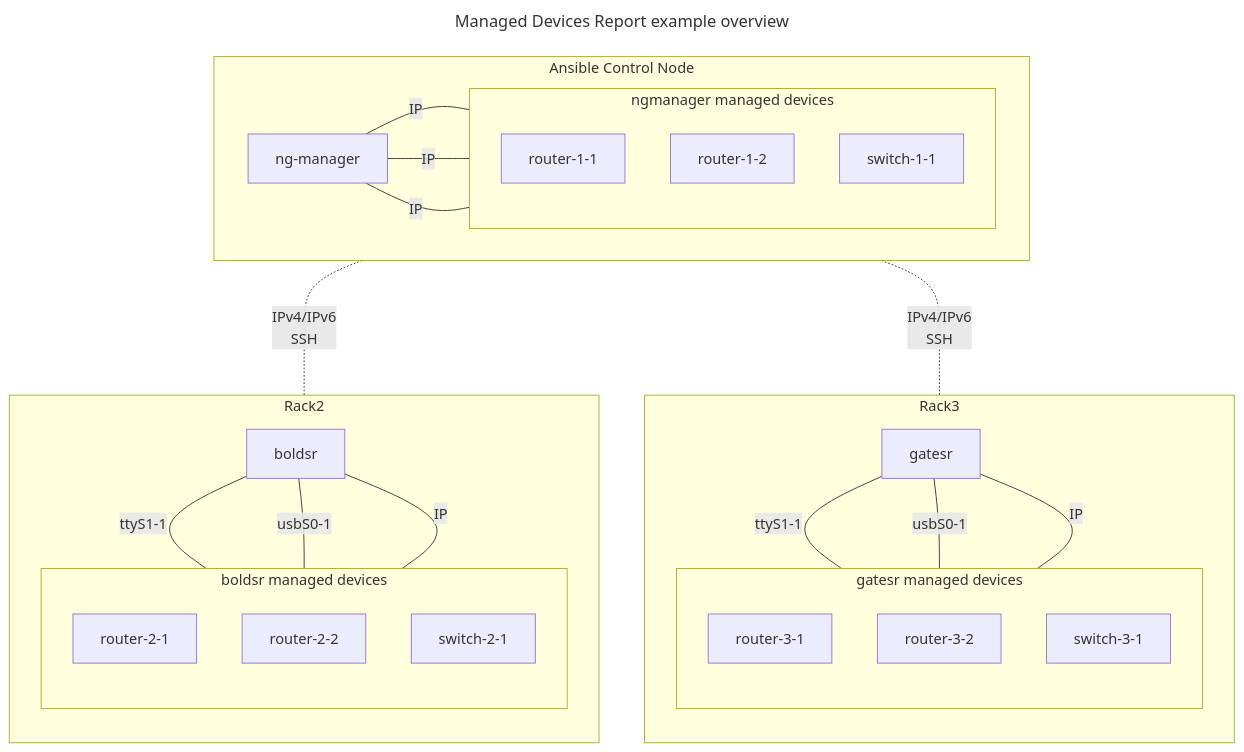
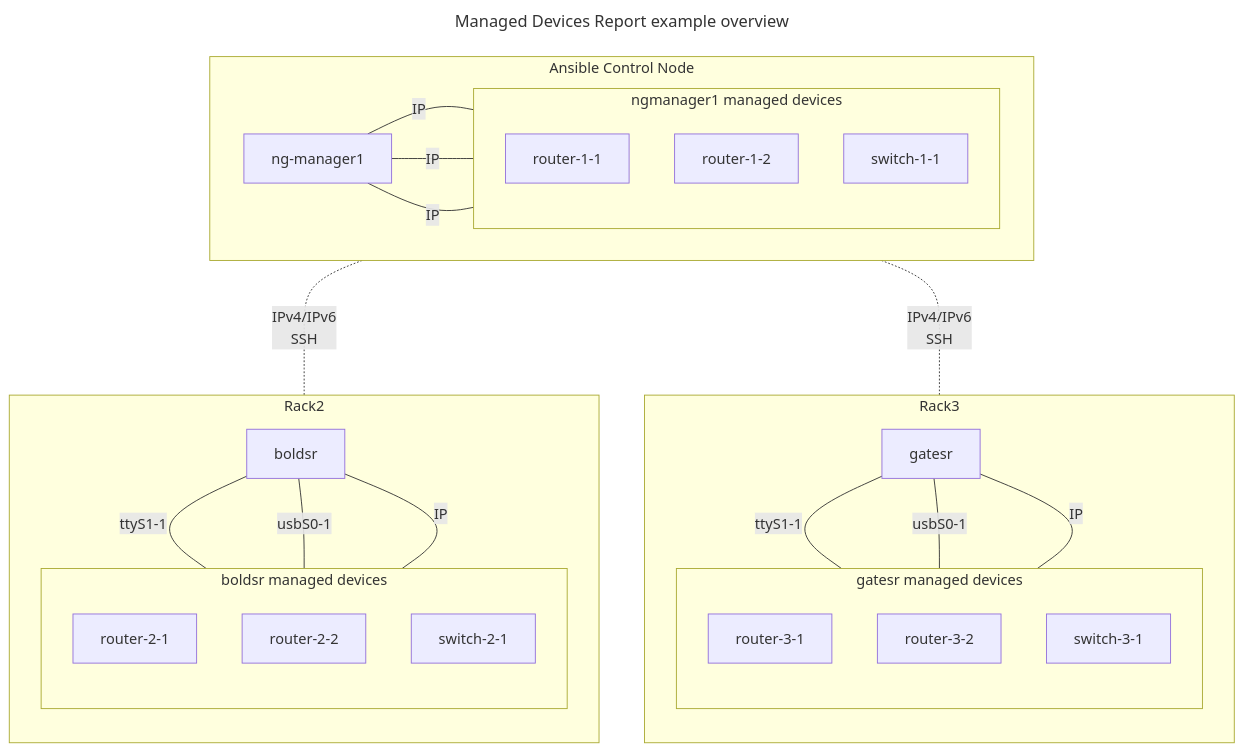
Before and after one commit to ZPESystems/Ansible: the diagram in examples/playbooks/system-roles/Managed_Devices_report/README.md, drawn with Mermaid. The commit also changed other lines of this file and 1 other file, not shown here.

````diff
--- a/examples/playbooks/system-roles/Managed_Devices_report/README.md
+++ b/examples/playbooks/system-roles/Managed_Devices_report/README.md
@@ -15,47 +15,47 @@
 ```mermaid
 ---
 title: Managed Devices Report example overview
 ---
 graph TB
   subgraph Rack3
    direction TB
    ng-gatesr["gatesr"]
    subgraph mdgatesr["gatesr managed devices"]
     direction TB
      mdgatesr1["router-3-1"]
      mdgatesr2["router-3-2"]
      mdgatesr3["switch-3-1"]
    end
    ng-gatesr ---|ttyS1-1| mdgatesr1 
    ng-gatesr ---|usbS0-1| mdgatesr2 
    ng-gatesr ---|IP| mdgatesr3
   end
 
   subgraph Rack2
    direction TB
    ng-boldsr["boldsr"]
    subgraph mdboldsr["boldsr managed devices"]
     direction TB
      mdboldsr1["router-2-1"]
      mdboldsr2["router-2-2"]
      mdboldsr3["switch-2-1"]
    end
    ng-boldsr ---|ttyS1-1| mdboldsr1 
    ng-boldsr ---|usbS0-1| mdboldsr2 
    ng-boldsr ---|IP| mdboldsr3
   end
 
 subgraph Control_Node["Ansible Control Node"]
  direction LR
-   ng-manager["ng-manager"]
-   subgraph mdmanager["ngmanager managed devices"]
+   ng-manager["ng-manager1"]
+   subgraph mdmanager["ngmanager1 managed devices"]
     direction TB
      mdmanager1["router-1-1"]
      mdmanager2["router-1-2"]
      mdmanager3["switch-1-1"]
    end
    ng-manager ---|IP| mdmanager1 & mdmanager2 & mdmanager3
 end
   
 ng-manager -..-|IPv4/IPv6 \n SSH| ng-boldsr & ng-gatesr
 ```
````
